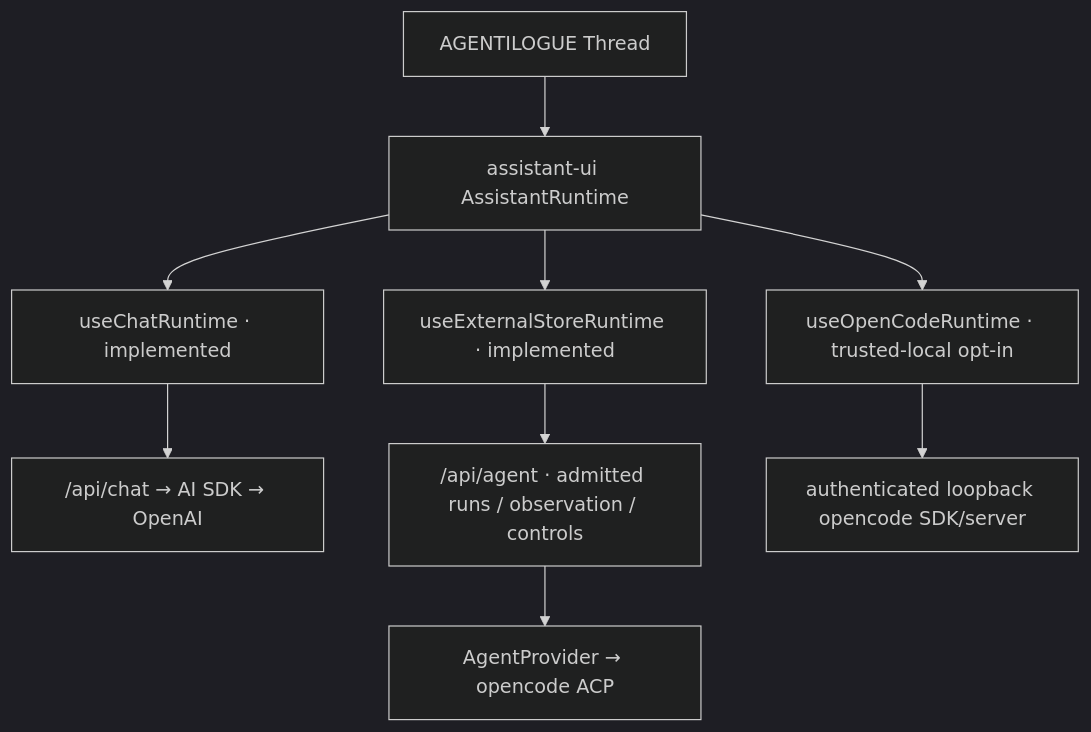
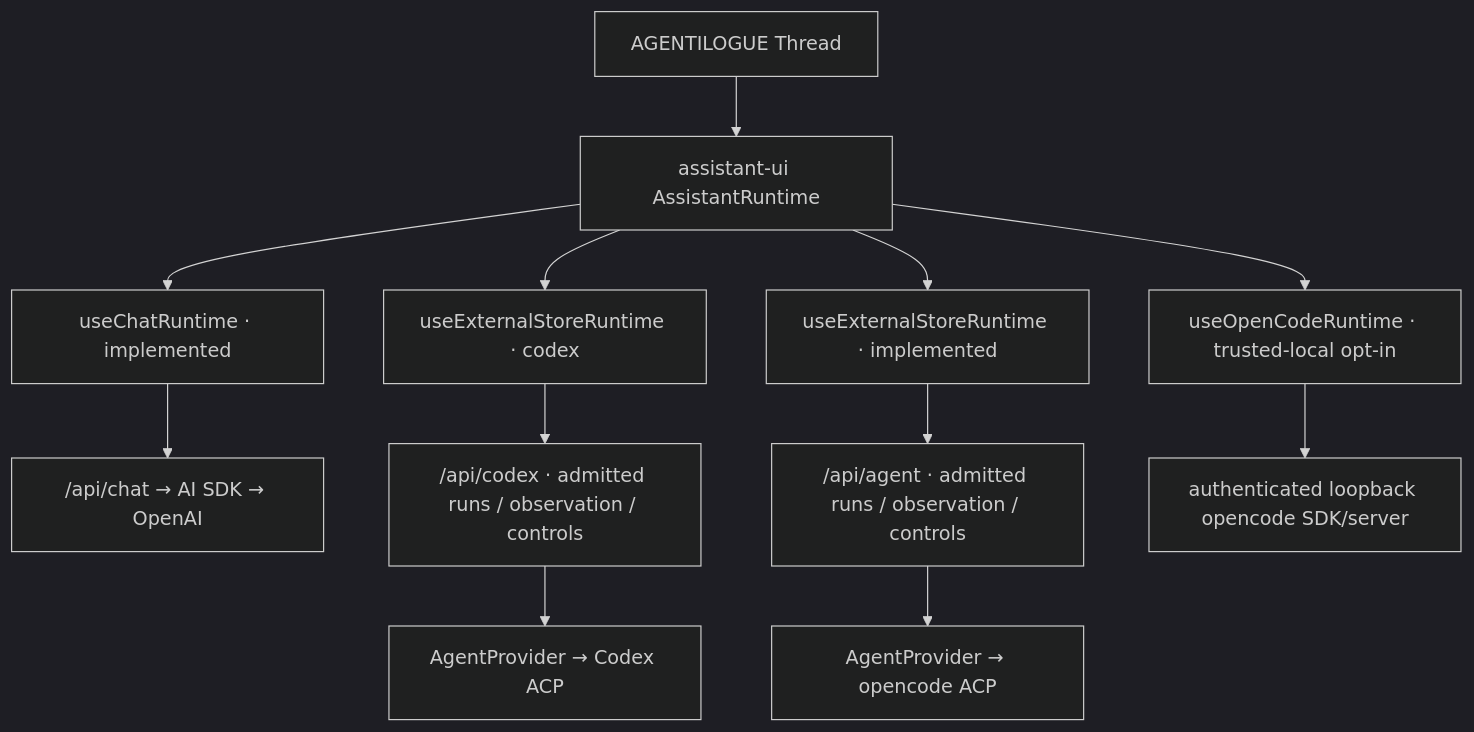
One commit to tbrandenburg/agentilogue changed the second of 3 diagrams in docs/ARCHITECTURE.md. Above: the diagram before and after it, drawn with Mermaid (dark theme). The commit also changed other lines of this file and 24 other files, not shown here.

First line of the commit message:
feat(acp): add optional Codex on the shared SDK foundation (#68)

````diff
--- a/docs/ARCHITECTURE.md
+++ b/docs/ARCHITECTURE.md
@@ -31,11 +31,14 @@
 ```mermaid
 flowchart TB
     UI["AGENTILOGUE Thread"] --> ROOT["assistant-ui AssistantRuntime"]
     ROOT --> SDK["useChatRuntime · implemented"]
     SDK --> CHAT["/api/chat → AI SDK → OpenAI"]
+    ROOT --> CODEX["useExternalStoreRuntime · codex"]
+    CODEX --> CODEXAPI["/api/codex · admitted runs / observation / controls"]
+    CODEXAPI --> CODEXPORT["AgentProvider → Codex ACP"]
     ROOT --> ACP["useExternalStoreRuntime · implemented"]
     ACP --> API["/api/agent · admitted runs / observation / controls"]
     API --> PORT["AgentProvider → opencode ACP"]
     ROOT --> NATIVE["useOpenCodeRuntime · trusted-local opt-in"]
     NATIVE --> UPSTREAM["authenticated loopback opencode SDK/server"]
 ```
````
